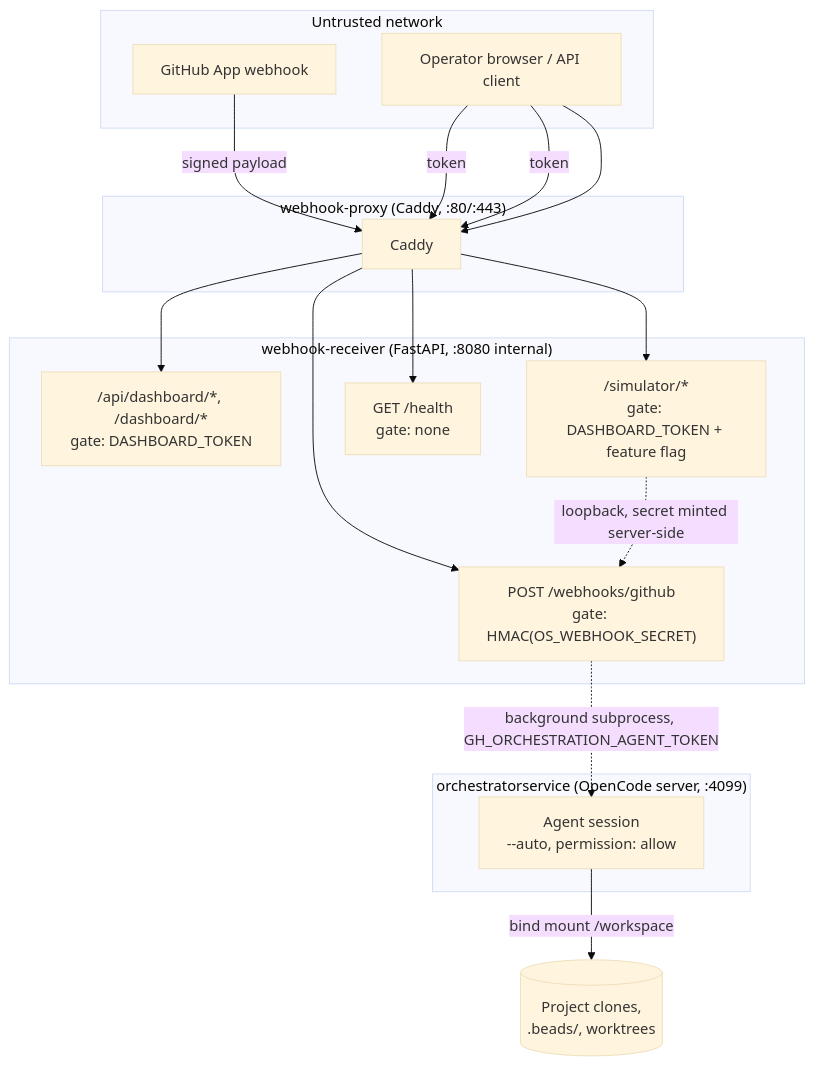
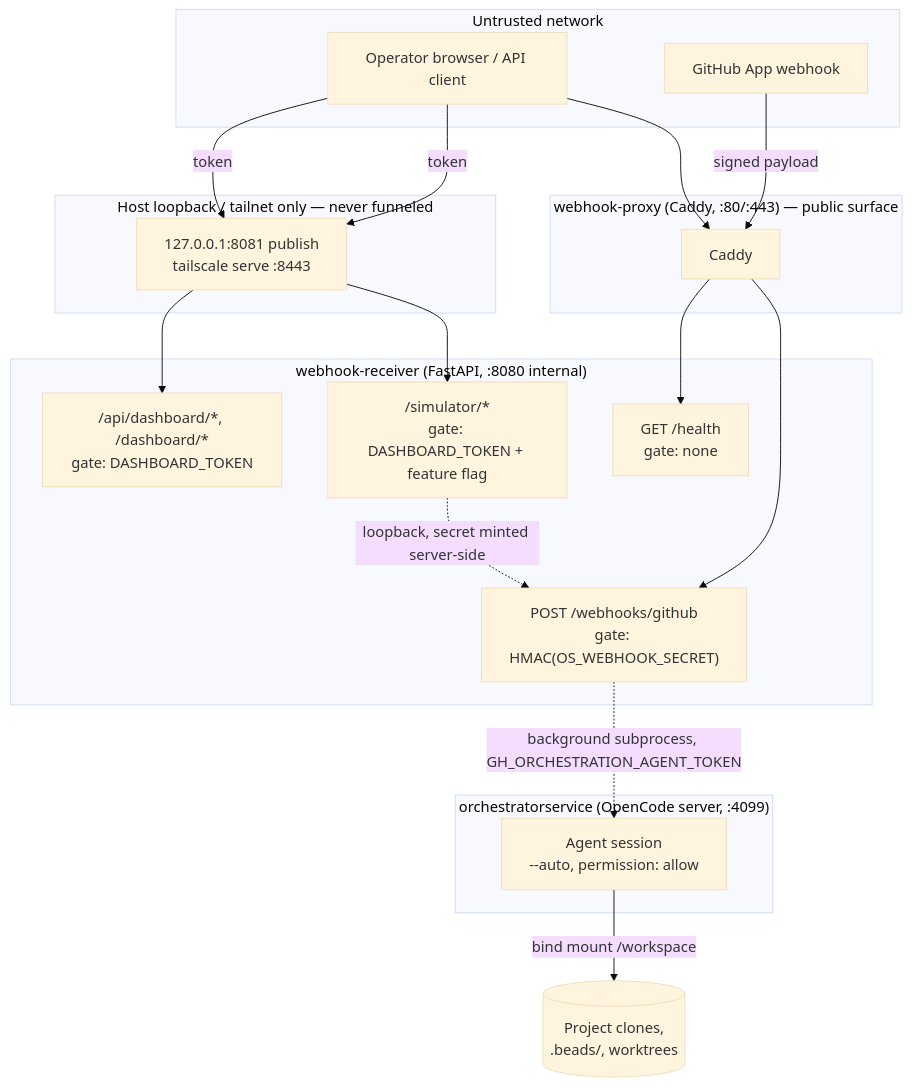
Before and after one commit to nam20485/orchestrator-service: the diagram in droid-wiki/security.md, drawn with Mermaid (base theme). The commit also changed other lines of this file and 18 other files, not shown here.

First line of the commit message:
docs: record the dashboard local/tailnet-only access model

````diff
--- a/droid-wiki/security.md
+++ b/droid-wiki/security.md
@@ -7,31 +7,35 @@
 ```mermaid
 graph TB
     subgraph Public["Untrusted network"]
         GH[GitHub App webhook]
         Browser[Operator browser / API client]
     end
 
-    subgraph Edge["webhook-proxy (Caddy, :80/:443)"]
+    subgraph Edge["webhook-proxy (Caddy, :80/:443) — public surface"]
         Caddy
+    end
+
+    subgraph Private["Host loopback / tailnet only — never funneled"]
+        Pub["127.0.0.1:8081 publish<br/>tailscale serve :8443"]
     end
 
     subgraph Receiver["webhook-receiver (FastAPI, :8080 internal)"]
         Hook["POST /webhooks/github<br/>gate: HMAC(OS_WEBHOOK_SECRET)"]
         Dash["/api/dashboard/*, /dashboard/*<br/>gate: DASHBOARD_TOKEN"]
         Sim["/simulator/*<br/>gate: DASHBOARD_TOKEN + feature flag"]
         Health["GET /health<br/>gate: none"]
     end
 
     subgraph Agent["orchestratorservice (OpenCode server, :4099)"]
         OC[Agent session<br/>--auto, permission: allow]
     end
 
     GH -->|signed payload| Caddy --> Hook
-    Browser -->|token| Caddy --> Dash
-    Browser -->|token| Caddy --> Sim
+    Browser -->|token| Pub --> Dash
+    Browser -->|token| Pub --> Sim
     Browser --> Caddy --> Health
 
     Hook -.->|background subprocess, GH_ORCHESTRATION_AGENT_TOKEN| OC
     OC -->|bind mount /workspace| WS[(Project clones,<br/>.beads/, worktrees)]
     Sim -.->|loopback, secret minted server-side| Hook
 ```
````
